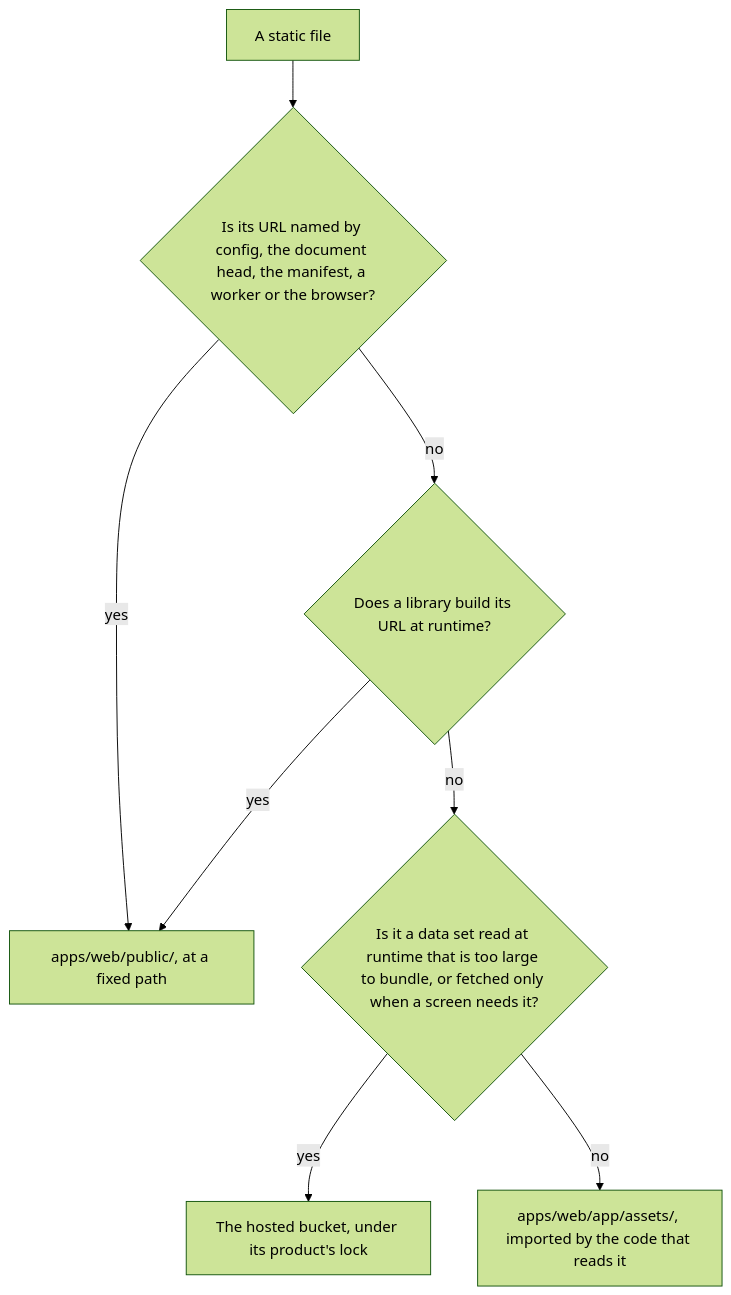
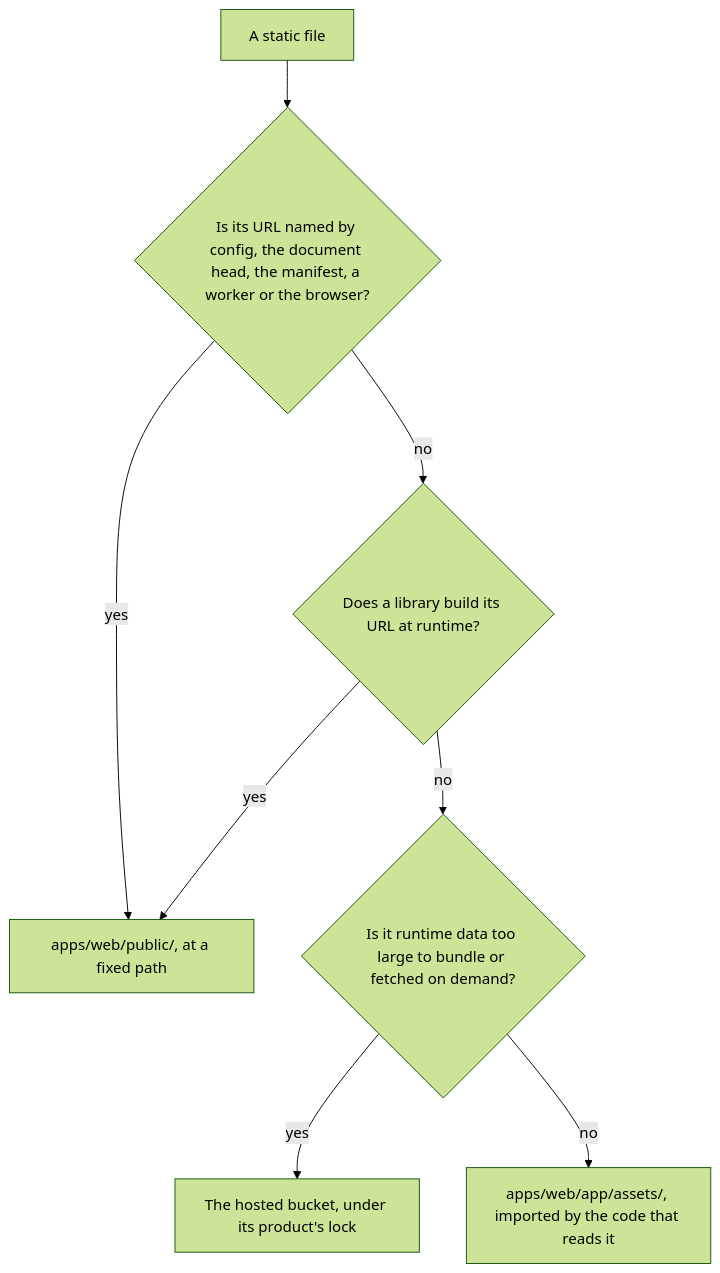
The diagram in openspec/specs/architecture/static-assets/design.md (Esposter/Esposter), drawn with Mermaid (forest theme) before and after one commit. The commit also changed 1 other file, not shown here.

Commit message:
fix(ci): two diagram labels are cut to a name and one qualifier
Claude-Session: https://claude.ai/code/session_0145sUFmSFfKaKTos1eQZKT7

````diff
--- a/openspec/specs/architecture/static-assets/design.md
+++ b/openspec/specs/architecture/static-assets/design.md
@@ -7,10 +7,10 @@
 ```mermaid
 flowchart TD
   File["A static file"] --> Named{"Is its URL named by config, the document head, the manifest, a worker or the browser?"}
   Named -->|yes| Public["apps/web/public/, at a fixed path"]
   Named -->|no| Built{"Does a library build its URL at runtime?"}
   Built -->|yes| Public
-  Built -->|no| Hosted{"Is it a data set read at runtime that is too large to bundle, or fetched only when a screen needs it?"}
+  Built -->|no| Hosted{"Is it runtime data too large to bundle or fetched on demand?"}
   Hosted -->|yes| Bucket["The hosted bucket, under its product's lock"]
   Hosted -->|no| Assets["apps/web/app/assets/, imported by the code that reads it"]
 ```
````
